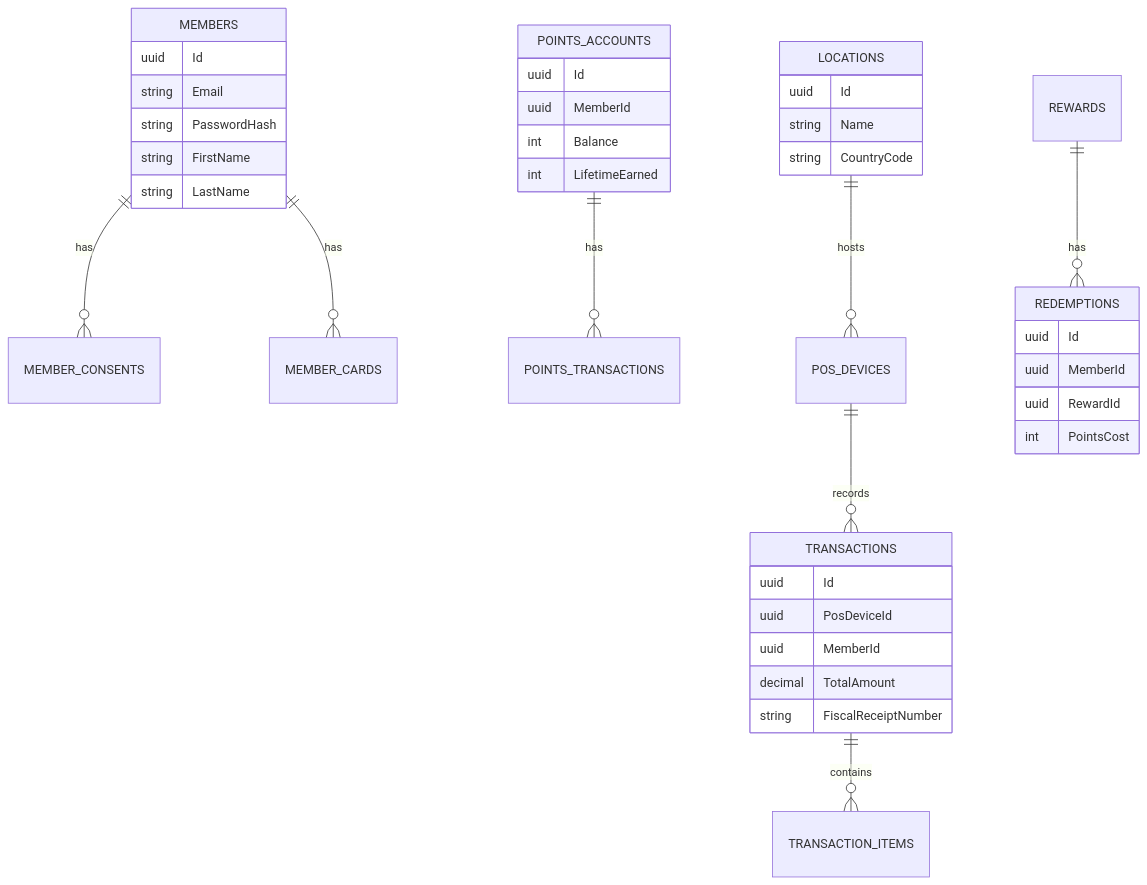
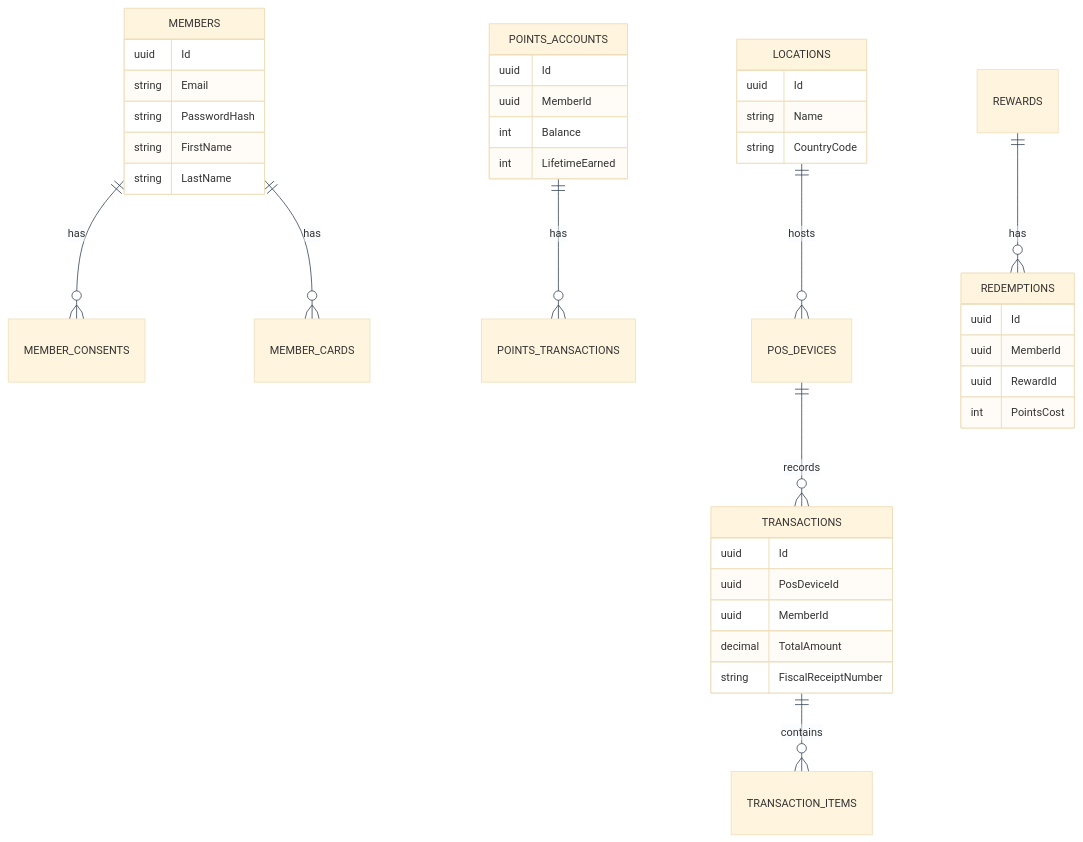
The ninth of 11 diagrams in README.md (infogrambeg/trivue-docs), drawn with Mermaid before and after one commit. The commit also changed other lines of this file, not shown here.

First line of the commit message:
Refactor README with updated diagrams and formatting

````diff
--- a/README.md
+++ b/README.md
@@ -358,45 +438,51 @@
 ```mermaid
+%%{init: {'theme': 'base', 'themeVariables': {
+  'background':'#ffffff',
+  'textColor':'#0f172a',
+  'fontSize':'14px',
+  'lineColor':'#334155'
+}}}%%
 erDiagram
     MEMBERS ||--o{ MEMBER_CONSENTS : has
     MEMBERS ||--o{ MEMBER_CARDS : has
     MEMBERS {
         uuid Id
         string Email
         string PasswordHash
         string FirstName
         string LastName
     }
 
     POINTS_ACCOUNTS ||--o{ POINTS_TRANSACTIONS : has
     POINTS_ACCOUNTS {
         uuid Id
         uuid MemberId
         int Balance
         int LifetimeEarned
     }
 
     POS_DEVICES ||--o{ TRANSACTIONS : records
     TRANSACTIONS ||--o{ TRANSACTION_ITEMS : contains
     TRANSACTIONS {
         uuid Id
         uuid PosDeviceId
         uuid MemberId
         decimal TotalAmount
         string FiscalReceiptNumber
     }
 
     LOCATIONS ||--o{ POS_DEVICES : hosts
     LOCATIONS {
         uuid Id
         string Name
         string CountryCode
     }
 
     REWARDS ||--o{ REDEMPTIONS : has
     REDEMPTIONS {
         uuid Id
         uuid MemberId
         uuid RewardId
         int PointsCost
     }
 ```
````
